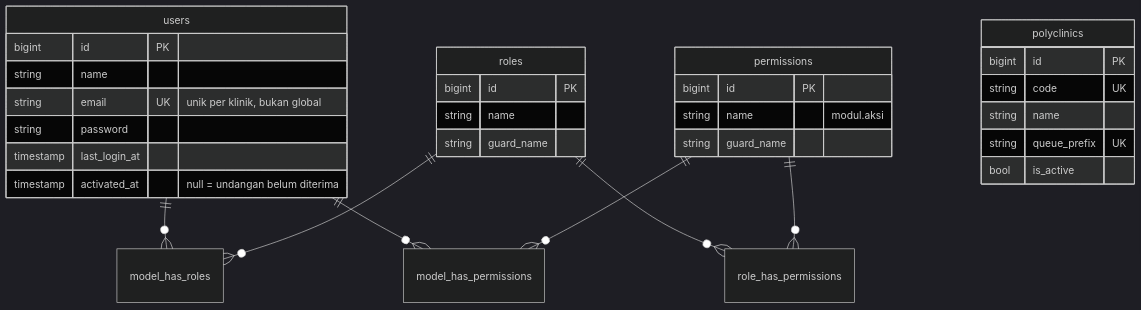
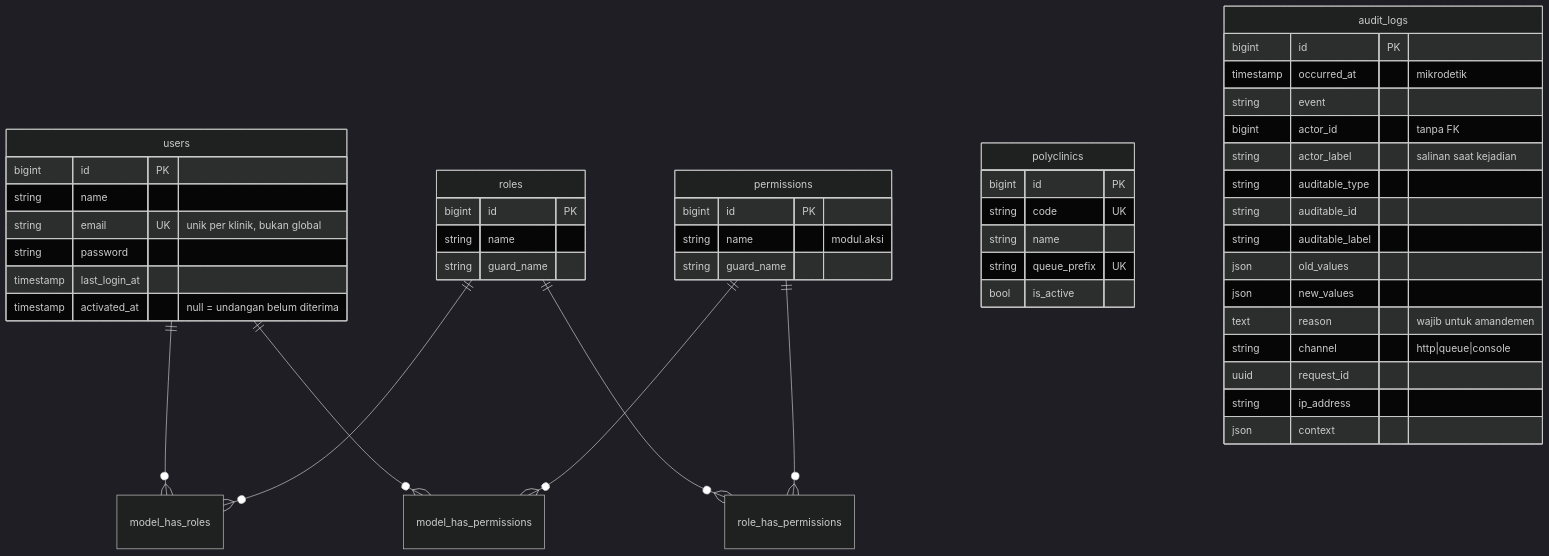
The fifth of 13 diagrams in docs/ARCHITECTURE.md (syaafiudinm/zadjo-simklinik), drawn with Mermaid (dark theme) before and after one commit. The commit also changed other lines of this file and 55 other files, not shown here.

````diff
--- a/docs/ARCHITECTURE.md
+++ b/docs/ARCHITECTURE.md
@@ -308,31 +322,48 @@
 ```mermaid
 erDiagram
     users ||--o{ model_has_roles : ""
     roles ||--o{ model_has_roles : ""
     roles ||--o{ role_has_permissions : ""
     permissions ||--o{ role_has_permissions : ""
     users ||--o{ model_has_permissions : ""
     permissions ||--o{ model_has_permissions : ""
 
     users {
         bigint id PK
         string name
         string email UK "unik per klinik, bukan global"
         string password
         timestamp last_login_at
         timestamp activated_at "null = undangan belum diterima"
     }
     roles { bigint id PK
         string name
         string guard_name }
     permissions { bigint id PK
         string name "modul.aksi"
         string guard_name }
     polyclinics {
         bigint id PK
         string code UK
         string name
         string queue_prefix UK
         bool is_active
     }
+    audit_logs {
+        bigint id PK
+        timestamp occurred_at "mikrodetik"
+        string event
+        bigint actor_id "tanpa FK"
+        string actor_label "salinan saat kejadian"
+        string auditable_type
+        string auditable_id
+        string auditable_label
+        json old_values
+        json new_values
+        text reason "wajib untuk amandemen"
+        string channel "http|queue|console"
+        uuid request_id
+        string ip_address
+        json context
+    }
 ```
````
